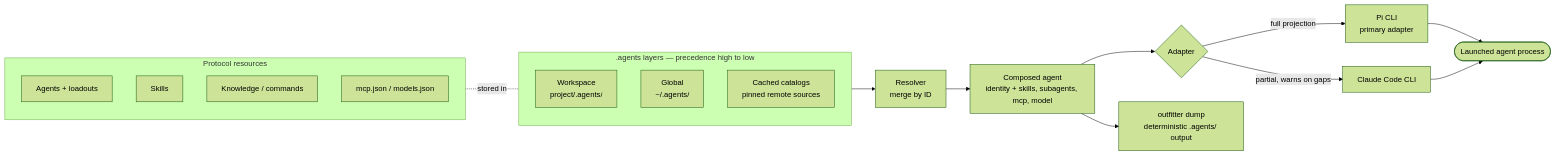
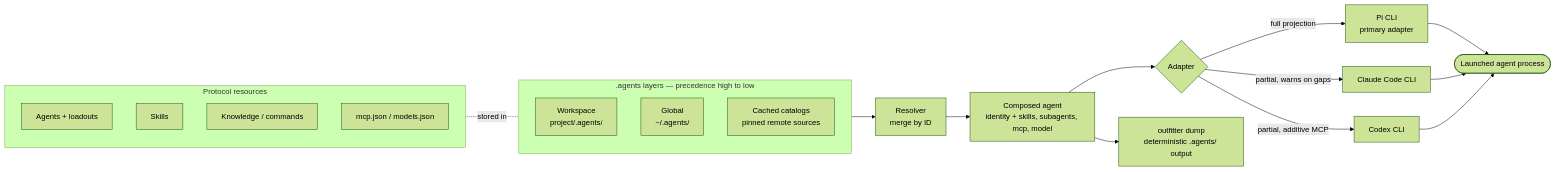
Before and after one commit to ai-outfitter/outfitter: the first of 3 diagrams in docs/architecture/diagrams.md, drawn with Mermaid (forest theme). The commit also changed other lines of this file and 25 other files, not shown here.

Commit message:
feat(harness): add codex harness with additive MCP projection

````diff
--- a/docs/architecture/diagrams.md
+++ b/docs/architecture/diagrams.md
@@ -9,29 +9,31 @@
 ```mermaid
 flowchart LR
   subgraph layers [".agents layers — precedence high to low"]
     workspace["Workspace<br/>project/.agents/"]
     global["Global<br/>~/.agents/"]
     catalogs["Cached catalogs<br/>pinned remote sources"]
   end
 
   subgraph resources ["Protocol resources"]
     agents["Agents + loadouts"]
     skills["Skills"]
     knowledge["Knowledge / commands"]
     config["mcp.json / models.json"]
   end
 
   layers --> resolver["Resolver<br/>merge by ID"]
   resources -. stored in .- layers
 
   resolver --> composed["Composed agent<br/>identity + skills, subagents, mcp, model"]
 
   composed --> adapter{Adapter}
   adapter -->|full projection| pi["Pi CLI<br/>primary adapter"]
   adapter -->|partial, warns on gaps| claude["Claude Code CLI"]
+  adapter -->|partial, additive MCP| codex["Codex CLI"]
 
   composed --> dump["outfitter dump<br/>deterministic .agents/ output"]
 
   pi --> run(["Launched agent process"])
   claude --> run
+  codex --> run
 ```
````
